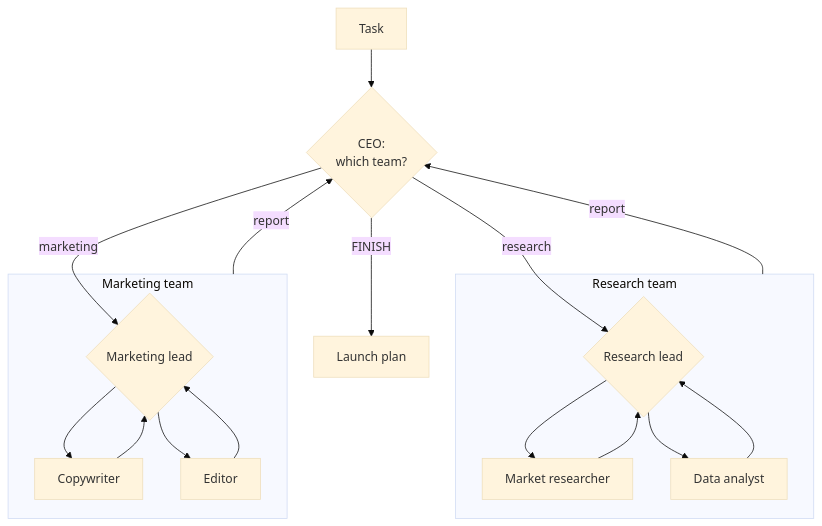
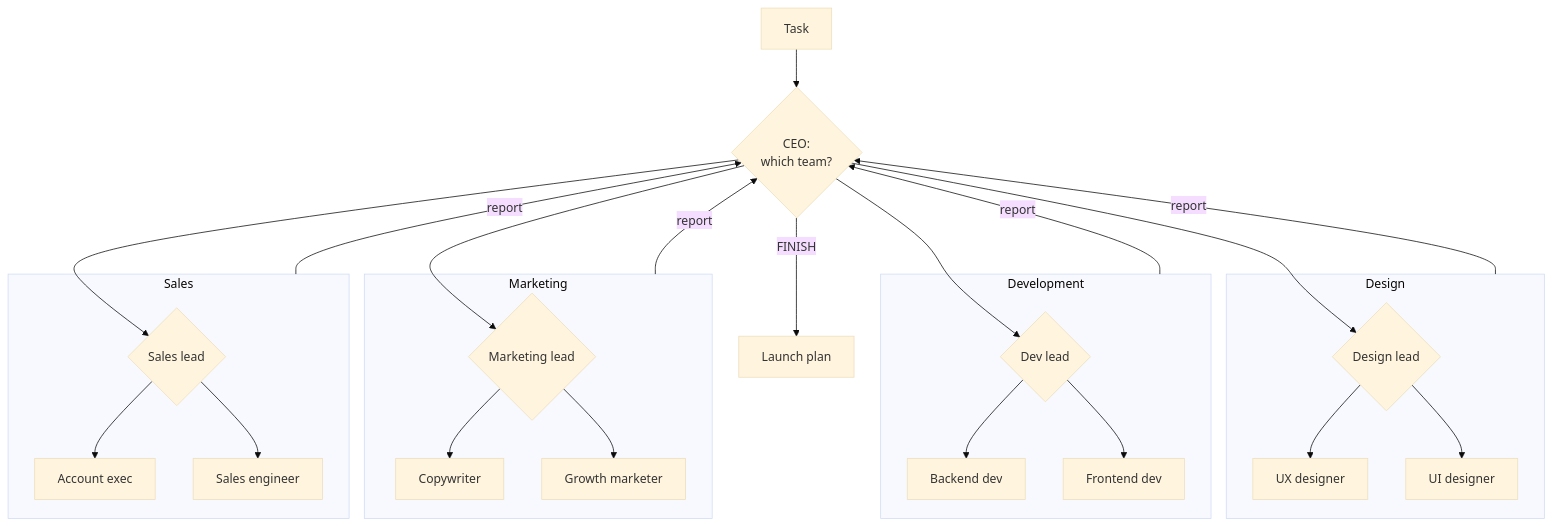
The first of 2 diagrams in agent_patterns/p17_hierarchical_teams/README.md (idanbe/AI-Agent-Design-Patterns), drawn with Mermaid (base theme) before and after one commit. The commit also changed other lines of this file and 4 other files, not shown here.

````diff
--- a/agent_patterns/p17_hierarchical_teams/README.md
+++ b/agent_patterns/p17_hierarchical_teams/README.md
@@ -12,21 +12,29 @@
 ```mermaid
 flowchart TD
     T["Task"] --> C{"CEO:<br/>which team?"}
-    C -->|research| RL
-    C -->|marketing| ML
-    C -->|FINISH| F["Launch plan"]
-    subgraph RT["Research team"]
-        RL{"Research lead"} --> MR["Market researcher"]
-        RL --> DA["Data analyst"]
-        MR --> RL
-        DA --> RL
+    C --> DL
+    C --> VL
+    C --> ML
+    C --> SL
+    C -->|FINISH| P["Launch plan"]
+    subgraph D["Design"]
+        DL{"Design lead"} --> UX["UX designer"]
+        DL --> UI["UI designer"]
     end
-    subgraph MT["Marketing team"]
+    subgraph V["Development"]
+        VL{"Dev lead"} --> BE["Backend dev"]
+        VL --> FE["Frontend dev"]
+    end
+    subgraph M["Marketing"]
         ML{"Marketing lead"} --> CW["Copywriter"]
-        ML --> ED["Editor"]
-        CW --> ML
-        ED --> ML
+        ML --> GM["Growth marketer"]
     end
-    RT -->|report| C
-    MT -->|report| C
+    subgraph S["Sales"]
+        SL{"Sales lead"} --> AE["Account exec"]
+        SL --> SE["Sales engineer"]
+    end
+    D -->|report| C
+    V -->|report| C
+    M -->|report| C
+    S -->|report| C
 ```
````
